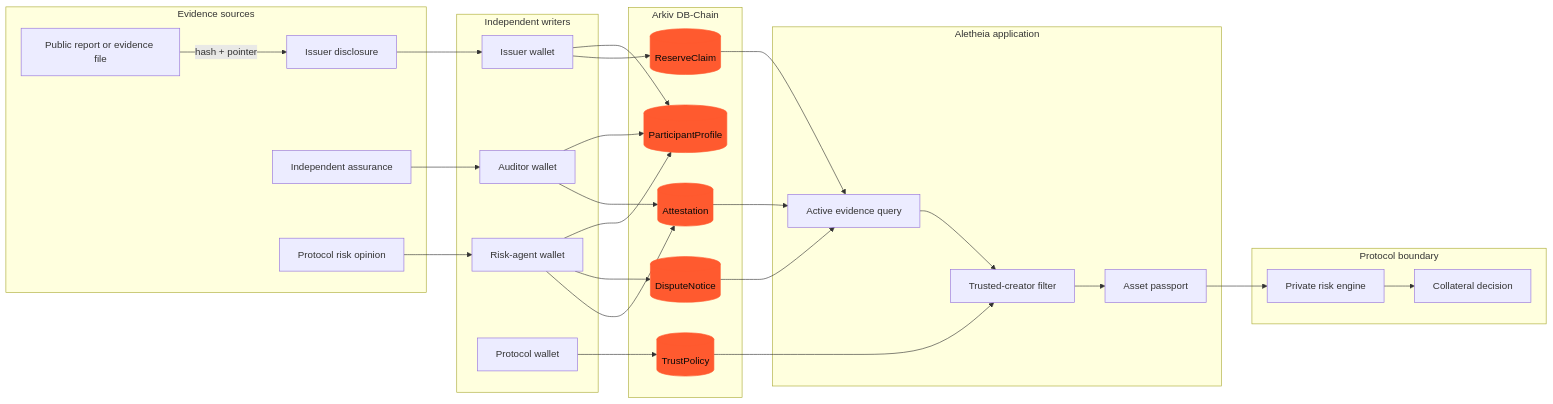
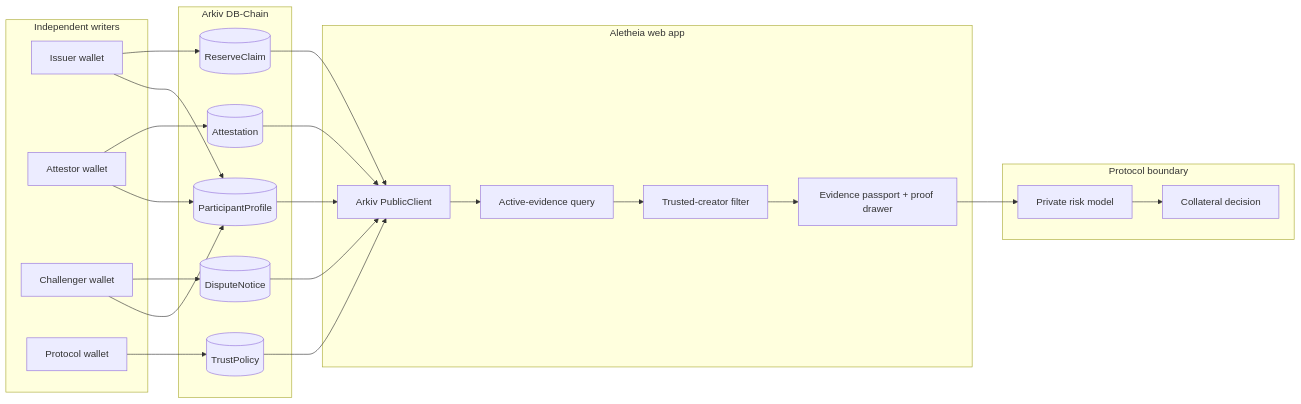
One commit to 0xNexuz/aletheia-arkiv changed the first of 2 diagrams in README.md. Above: the diagram before and after it, drawn with Mermaid. The commit also changed other lines of this file and 13 other files, not shown here.

Commit message:
feat: add verifiable Arkiv evidence integration

````diff
--- a/README.md
+++ b/README.md
@@ -67,55 +129,44 @@
 ```mermaid
 flowchart LR
-    subgraph Sources[Evidence sources]
-        I[Issuer disclosure]
-        A[Independent assurance]
-        R[Protocol risk opinion]
-        F[Public report or evidence file]
-    end
-
-    subgraph Writers[Independent writers]
-        IW[Issuer wallet]
-        AW[Auditor wallet]
-        RW[Risk-agent wallet]
-        PW[Protocol wallet]
+    subgraph IndependentWriters[Independent writers]
+        I[Issuer wallet]
+        A[Attestor wallet]
+        C[Challenger wallet]
+        P[Protocol wallet]
     end
 
     subgraph Arkiv[Arkiv DB-Chain]
         RC[(ReserveClaim)]
         AT[(Attestation)]
         DN[(DisputeNotice)]
         TP[(TrustPolicy)]
         PP[(ParticipantProfile)]
     end
 
-    subgraph Aletheia[Aletheia application]
-        Q[Active evidence query]
-        CF[Trusted-creator filter]
-        UI[Asset passport]
+    subgraph App[Aletheia web app]
+        PC[Arkiv PublicClient]
+        AQ[Active-evidence query]
+        TF[Trusted-creator filter]
+        UI[Evidence passport + proof drawer]
     end
 
-    subgraph Consumer[Protocol boundary]
-        RE[Private risk engine]
-        CD[Collateral decision]
+    subgraph OffChain[Protocol boundary]
+        R[Private risk model]
+        D[Collateral decision]
     end
 
-    F -->|hash + pointer| I
-    I --> IW --> RC
-    A --> AW --> AT
-    R --> RW --> AT
-    RW --> DN
-    PW --> TP
-    IW --> PP
-    AW --> PP
-    RW --> PP
+    I --> RC
+    A --> AT
+    C --> DN
+    P --> TP
+    I --> PP
+    A --> PP
+    C --> PP
 
-    RC --> Q
-    AT --> Q
-    DN --> Q
-    TP --> CF
-    Q --> CF --> UI
-    UI --> RE --> CD
-
-    classDef arkiv fill:#ff5a2f,color:#090909,stroke:#ff5a2f;
-    class RC,AT,DN,TP,PP arkiv;
+    RC --> PC
+    AT --> PC
+    DN --> PC
+    TP --> PC
+    PP --> PC
+    PC --> AQ --> TF --> UI --> R --> D
 ```
````
